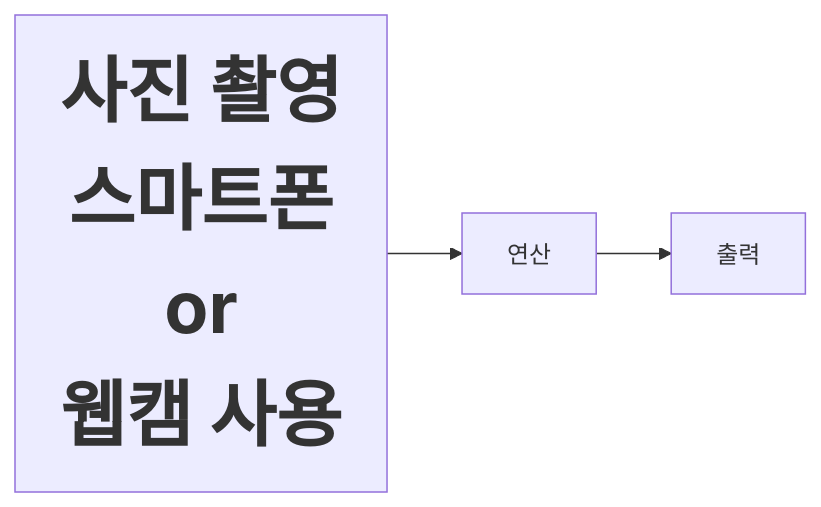
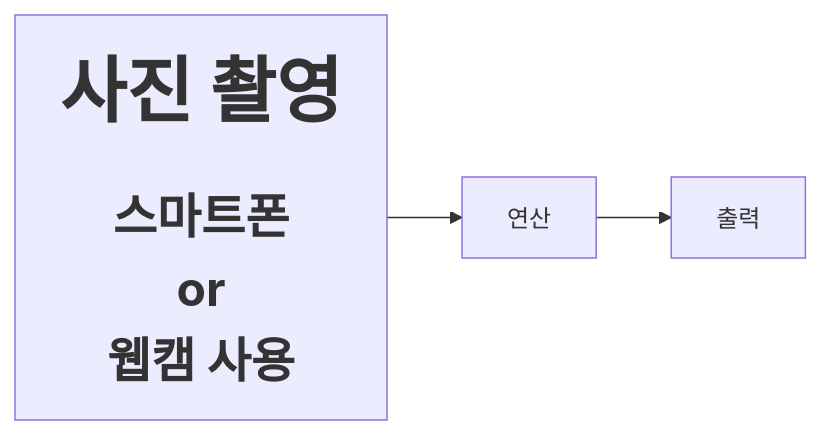
One commit to 201710808/-p changed the diagram in Readme.md. Above: the diagram before and after it, drawn with Mermaid.

````diff
--- a/Readme.md
+++ b/Readme.md
@@ -3,5 +3,5 @@
 ```mermaid
 graph LR
-A[<b><span style='font-size:48px'>사진 촬영</span></b>\n<b><span style='font-size:48px'>스마트폰\nor\n웹캠 사용</span></b>]-->B[연산]
+A[<b><span style='font-size:48px'>사진 촬영</span></b>\n\n<b><span style='font-size:32px'>스마트폰\nor\n웹캠 사용</span></b>]-->B[연산]
 B-->C[출력]
 ```
````
